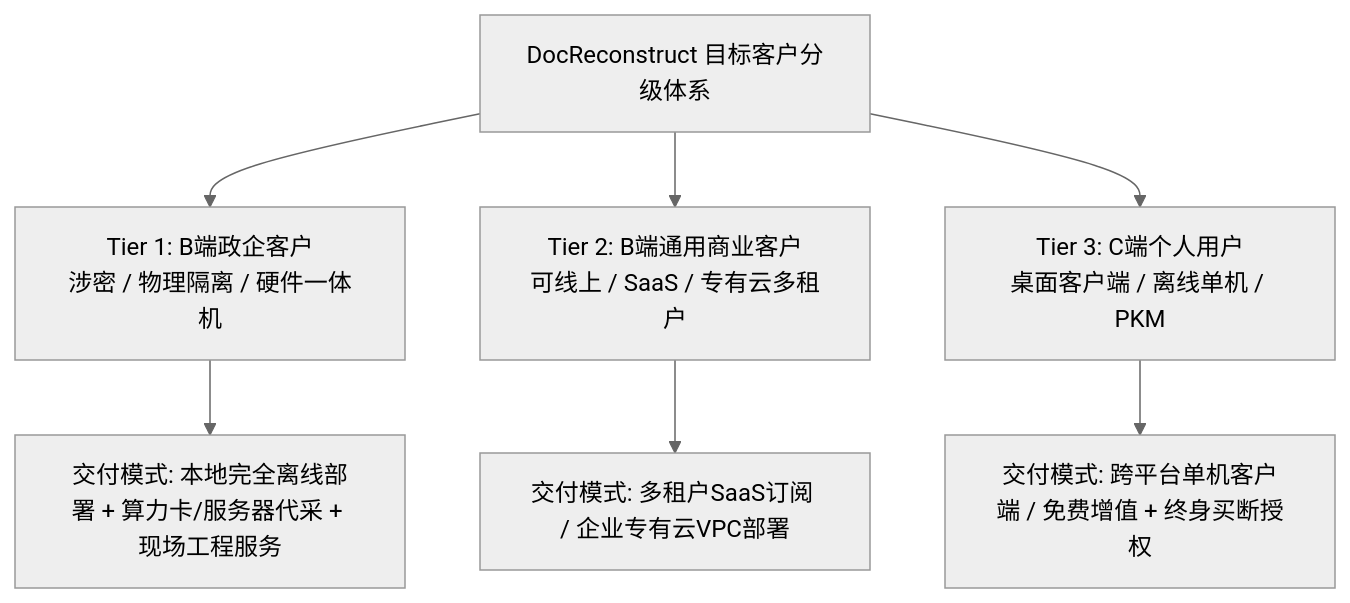
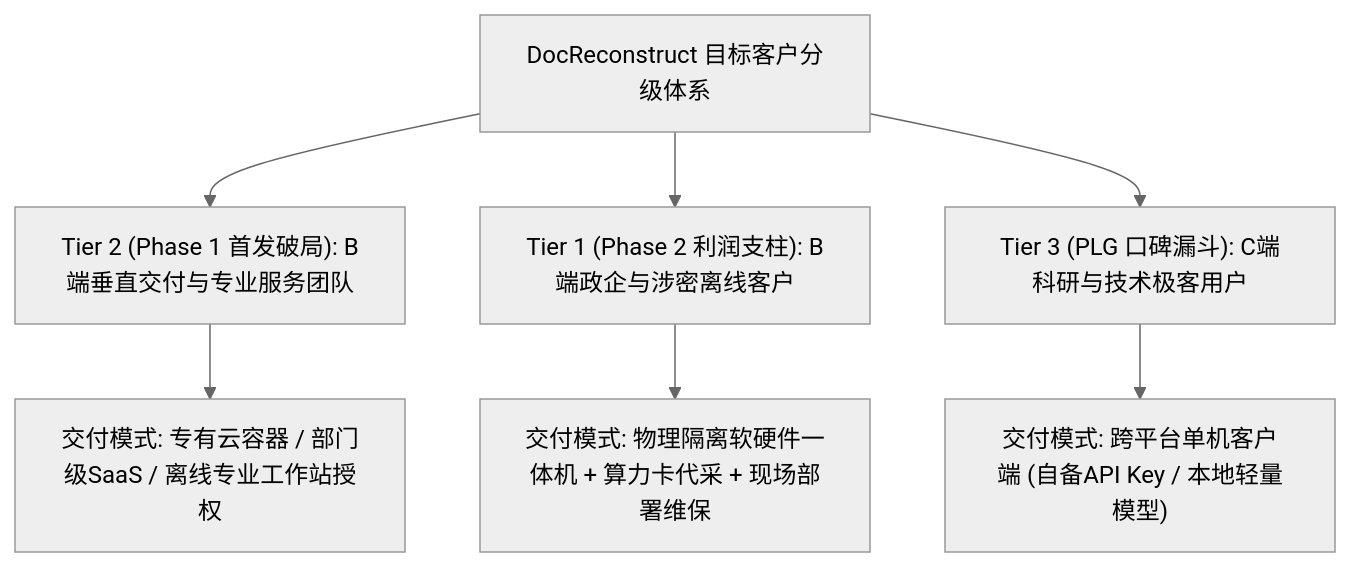
One commit to TK-zhang/tupian-zhuan-wendang changed the diagram in docs/01_市场调研与真实需求/04_目标客群画像与付费意愿分析.md. Above: the diagram before and after it, drawn with Mermaid (neutral theme). The commit also changed other lines of this file and 19 other files, not shown here.

````diff
--- a/docs/01_市场调研与真实需求/04_目标客群画像与付费意愿分析.md
+++ b/docs/01_市场调研与真实需求/04_目标客群画像与付费意愿分析.md
@@ -7,10 +7,10 @@
 ```mermaid
 flowchart TD
-    A[DocReconstruct 目标客户分级体系] --> B[Tier 1: B端政企客户<br>涉密 / 物理隔离 / 硬件一体机]
-    A --> C[Tier 2: B端通用商业客户<br>可线上 / SaaS / 专有云多租户]
-    A --> D[Tier 3: C端个人用户<br>桌面客户端 / 离线单机 / PKM]
+    A["DocReconstruct 目标客户分级体系"] --> B["Tier 2 (Phase 1 首发破局): B端垂直交付与专业服务团队"]
+    A --> C["Tier 1 (Phase 2 利润支柱): B端政企与涉密离线客户"]
+    A --> D["Tier 3 (PLG 口碑漏斗): C端科研与技术极客用户"]
     
-    B --> B1[交付模式: 本地完全离线部署 + 算力卡/服务器代采 + 现场工程服务]
-    C --> C1[交付模式: 多租户SaaS订阅 / 企业专有云VPC部署]
-    D --> D1[交付模式: 跨平台单机客户端 / 免费增值 + 终身买断授权]
+    B --> B1["交付模式: 专有云容器 / 部门级SaaS / 离线专业工作站授权"]
+    C --> C1["交付模式: 物理隔离软硬件一体机 + 算力卡代采 + 现场部署维保"]
+    D --> D1["交付模式: 跨平台单机客户端 (自备API Key / 本地轻量模型)"]
 ```
````
